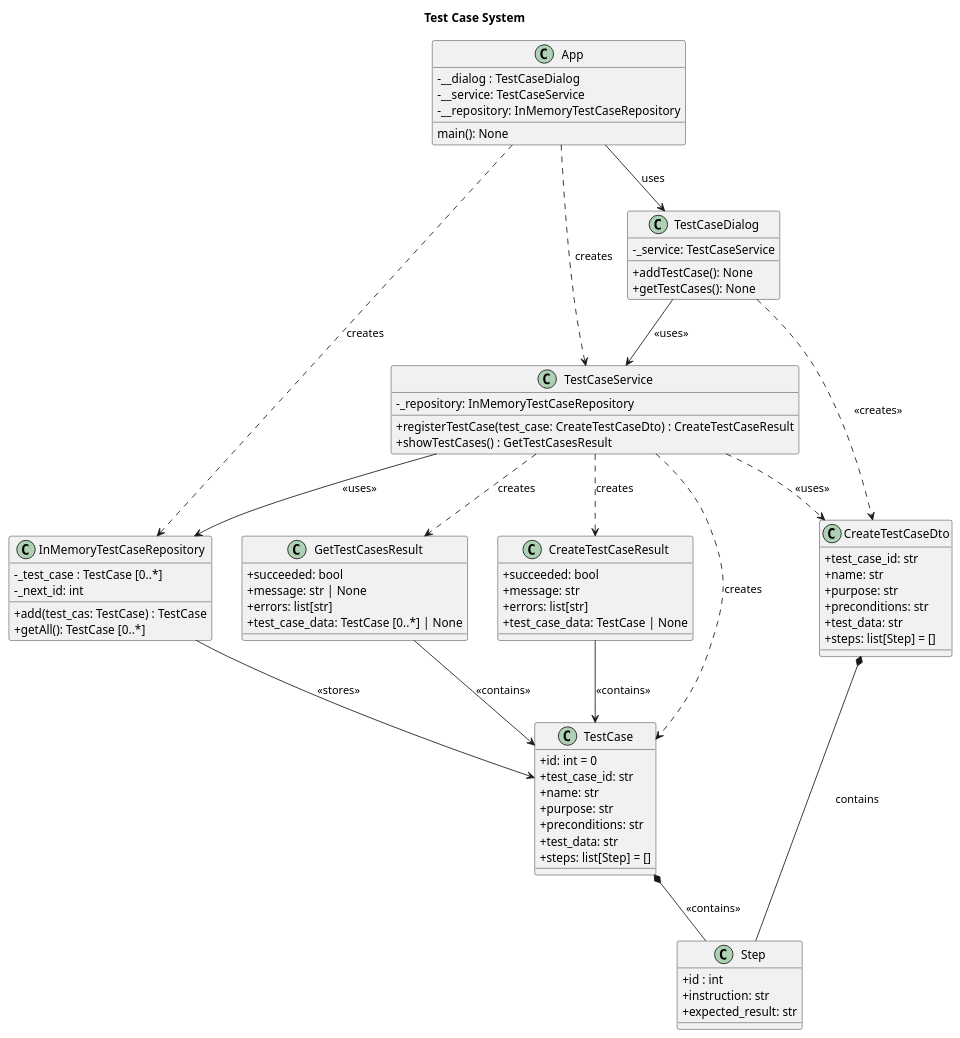
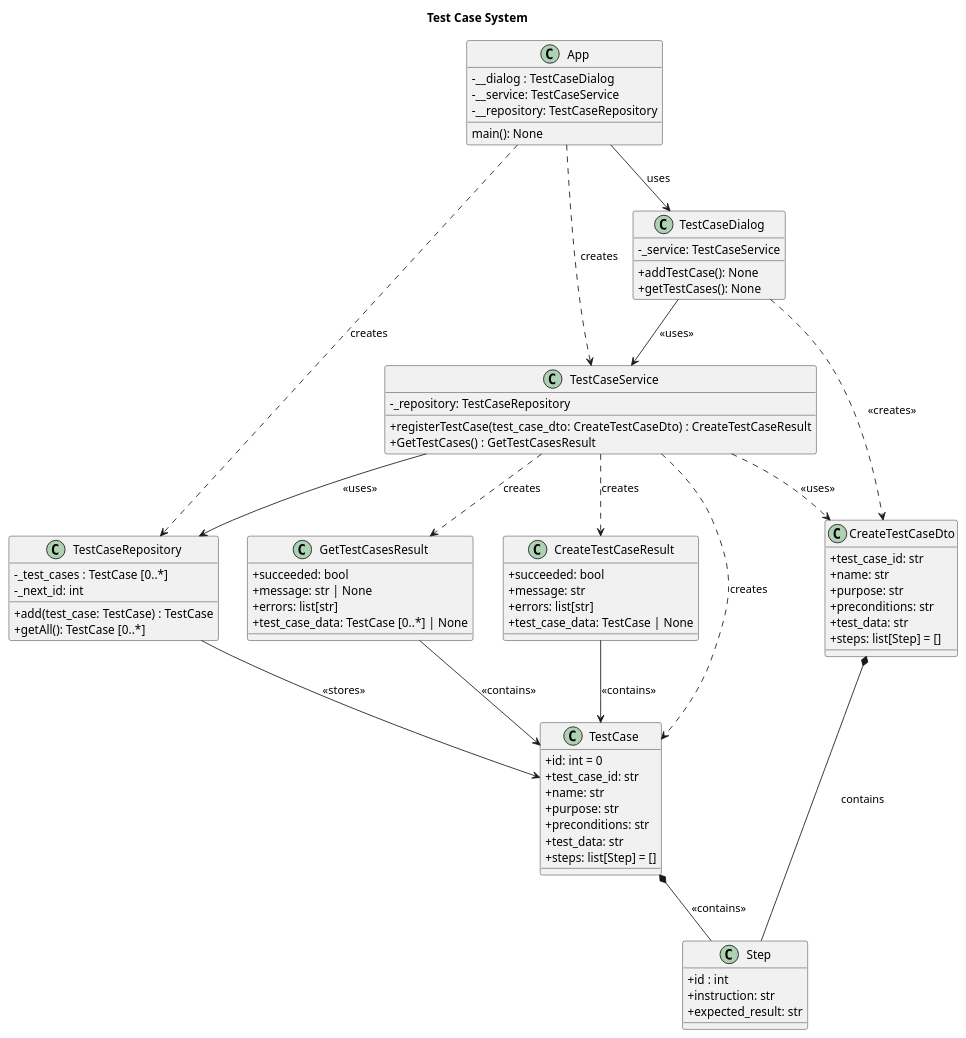
The diagram in class-diagram.puml (elhammmi/assignment1-diagrams), drawn with PlantUML before and after one commit. The commit also changed 2 other files, not shown here.

Commit message:
add activity and sequence diagram

```diff
--- a/class-diagram.puml
+++ b/class-diagram.puml
@@ -1,98 +1,98 @@
 @startuml classdiagram
 title Test Case System
 skinparam classAttributeIconSize 0
 
 class TestCase{
     + id: int = 0
     + test_case_id: str
     + name: str
     + purpose: str
     + preconditions: str
     + test_data: str
     + steps: list[Step] = []
 }
 
 class Step{
     + id : int
     + instruction: str
     + expected_result: str
 }
 
 class CreateTestCaseDto{
     + test_case_id: str
     + name: str
     + purpose: str
     + preconditions: str
     + test_data: str
     + steps: list[Step] = []
 }
 
 class CreateTestCaseResult{
     + succeeded: bool
     + message: str
     + errors: list[str]
     + test_case_data: TestCase | None
 
 }
 
 class GetTestCasesResult{
     + succeeded: bool
     + message: str | None
     + errors: list[str]
     + test_case_data: TestCase [0..*] | None
 
 }
 
-class InMemoryTestCaseRepository{
-    - _test_case : TestCase [0..*]
+class TestCaseRepository{
+    - _test_cases : TestCase [0..*]
     - _next_id: int
-    + add(test_cas: TestCase) : TestCase
+    + add(test_case: TestCase) : TestCase
     + getAll(): TestCase [0..*]
 }
 
 class TestCaseService{
-    - _repository: InMemoryTestCaseRepository
-    + registerTestCase(test_case: CreateTestCaseDto) : CreateTestCaseResult
-    + showTestCases() : GetTestCasesResult
+    - _repository: TestCaseRepository
+    + registerTestCase(test_case_dto: CreateTestCaseDto) : CreateTestCaseResult
+    + GetTestCases() : GetTestCasesResult
 
 }
 
 class TestCaseDialog{
     - _service: TestCaseService
     + addTestCase(): None
     + getTestCases(): None
 }
 
 class App{
     - __dialog : TestCaseDialog
     - __service: TestCaseService
-    - __repository: InMemoryTestCaseRepository
+    - __repository: TestCaseRepository
     main(): None
 }
 
 
 TestCase *-- Step : <<contains>>
 CreateTestCaseDto  *-- Step : contains
 
 CreateTestCaseResult  --> TestCase : <<contains>>
 GetTestCasesResult --> TestCase : <<contains>>
 
 
 TestCaseDialog ..> CreateTestCaseDto  : <<creates>>
 TestCaseDialog --> TestCaseService : <<uses>>
 
-TestCaseService --> InMemoryTestCaseRepository : <<uses>>
+TestCaseService --> TestCaseRepository : <<uses>>
 TestCaseService ..> CreateTestCaseResult : creates
 TestCaseService ..> GetTestCasesResult : creates
 TestCaseService ..> CreateTestCaseDto  : <<uses>>
 TestCaseService ..> TestCase : creates
 
-InMemoryTestCaseRepository --> TestCase : <<stores>>
+TestCaseRepository --> TestCase : <<stores>>
 
 App --> TestCaseDialog : uses
 App ..> TestCaseService : creates
-App ..> InMemoryTestCaseRepository : creates
+App ..> TestCaseRepository : creates
 
 
 
 @enduml
```
